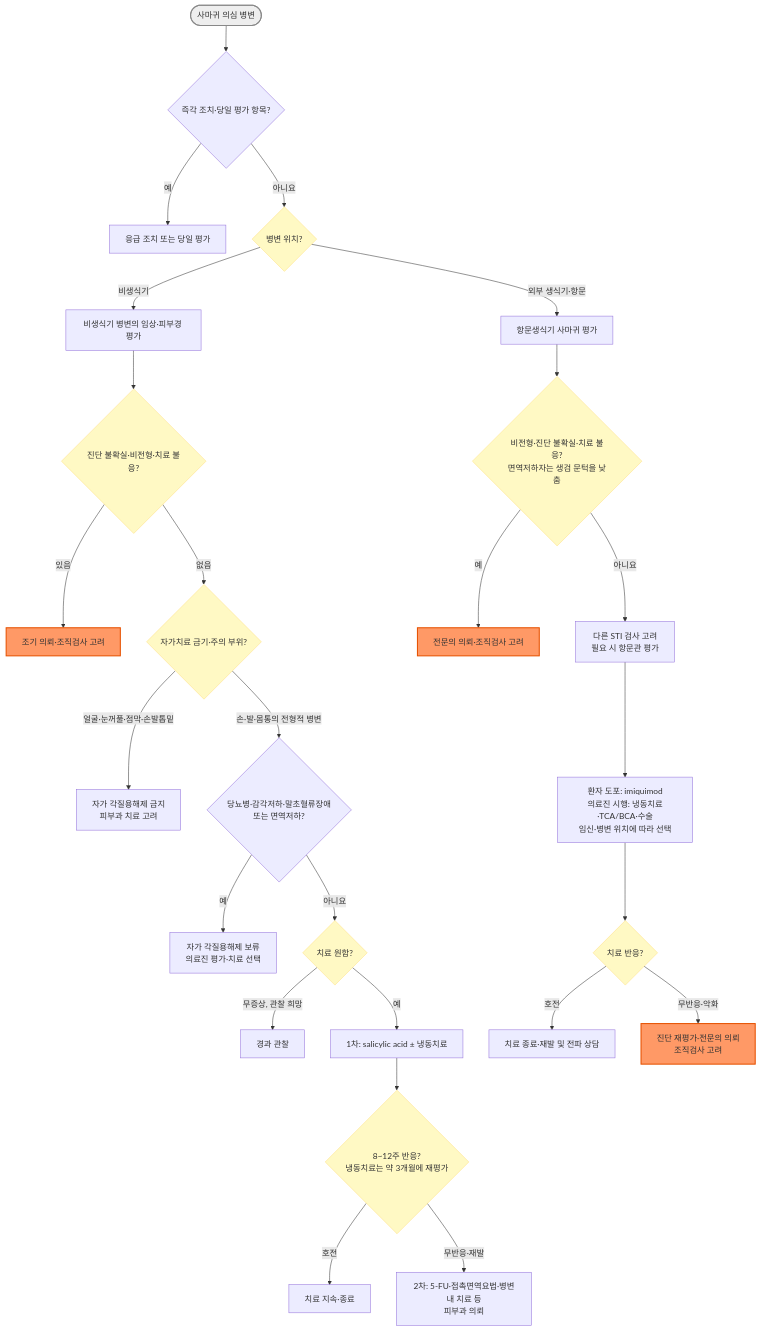
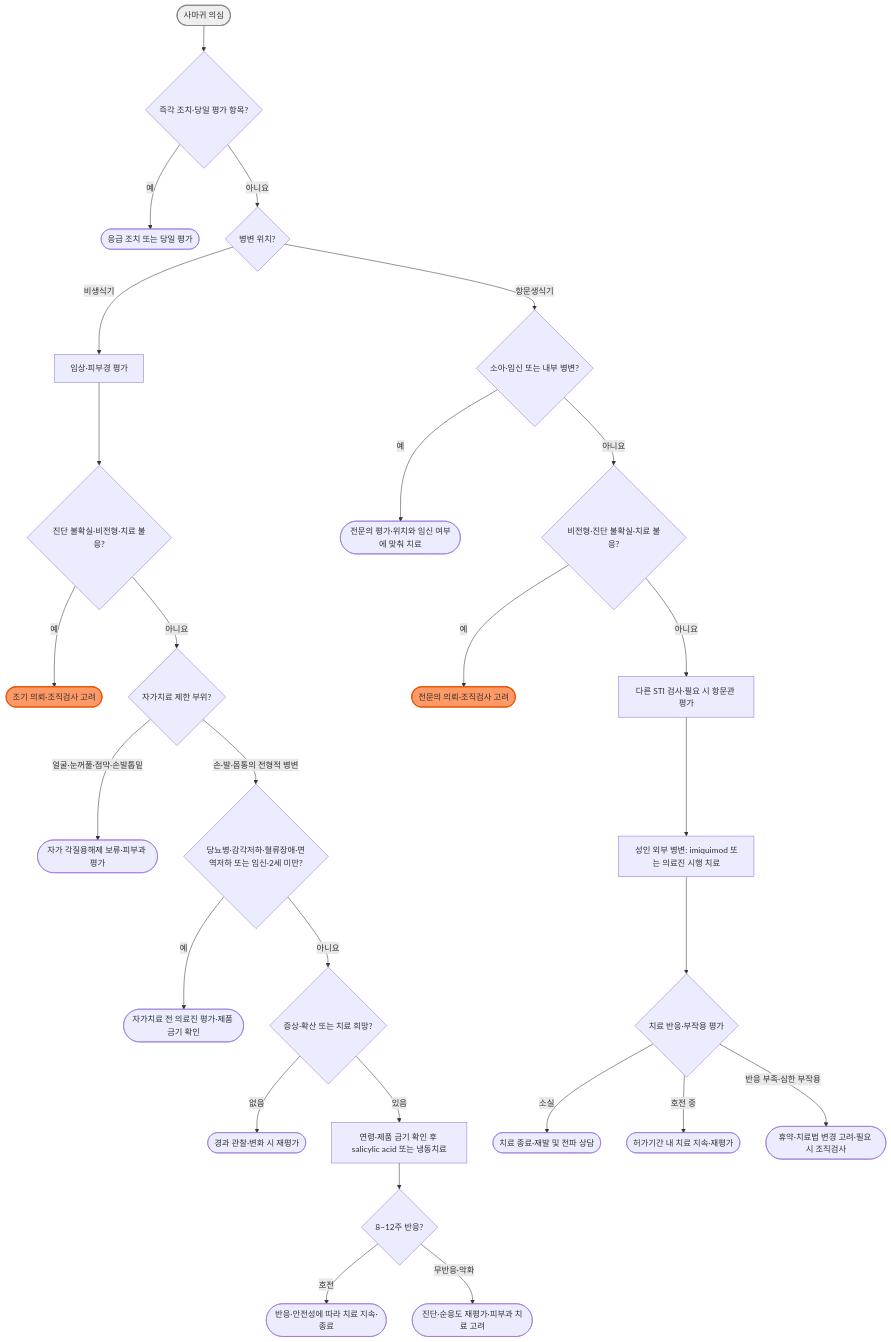
The diagram in 229_/182_-wart.md (familyoh77/familyoh77), drawn with Mermaid before and after one commit. The commit also changed other lines of this file and 10 other files, not shown here.

````diff
--- a/229_/182_-wart.md
+++ b/229_/182_-wart.md
@@ -119,41 +120,35 @@
 ```mermaid
-graph TD
-    Start(["사마귀 의심 병변"]) --> Urgent{"즉각 조치·당일 평가 항목?"}
-    Urgent -->|"예"| Now["응급 조치 또는 당일 평가"]
+flowchart TD
+    Start(["사마귀 의심"]) --> Urgent{"즉각 조치·당일 평가 항목?"}
+    Urgent -->|"예"| Now(["응급 조치 또는 당일 평가"])
     Urgent -->|"아니요"| Loc{"병변 위치?"}
-    Loc -->|"비생식기"| NG["비생식기 병변의 임상·피부경 평가"]
-    Loc -->|"외부 생식기·항문"| GW["항문생식기 사마귀 평가"]
+    Loc -->|"비생식기"| NG["임상·피부경 평가"]
+    Loc -->|"항문생식기"| GS{"소아·임신 또는 내부 병변?"}
+    GS -->|"예"| Spec(["전문의 평가·위치와 임신 여부에 맞춰 치료"])
+    GS -->|"아니요"| GAtyp{"비전형·진단 불확실·치료 불응?"}
 
     NG --> Atyp{"진단 불확실·비전형·치료 불응?"}
-    Atyp -->|"있음"| Bx["조기 의뢰·조직검사 고려"]
-    Atyp -->|"없음"| Site{"자가치료 금기·주의 부위?"}
-    Site -->|"얼굴·눈꺼풀·점막·손발톱밑"| Special["자가 각질용해제 금지<br>피부과 치료 고려"]
-    Site -->|"손·발·몸통의 전형적 병변"| Risk{"당뇨병·감각저하·말초혈류장애<br>또는 면역저하?"}
-    Risk -->|"예"| Assess["자가 각질용해제 보류<br>의료진 평가·치료 선택"]
-    Risk -->|"아니요"| Want{"치료 원함?"}
-    Want -->|"무증상, 관찰 희망"| Obs["경과 관찰"]
-    Want -->|"예"| L1["1차: salicylic acid ± 냉동치료"]
-    L1 --> Resp{"8~12주 반응?<br>냉동치료는 약 3개월에 재평가"}
-    Resp -->|"호전"| Cont["치료 지속·종료"]
-    Resp -->|"무반응·재발"| L2["2차: 5-FU·접촉면역요법·병변내 치료 등<br>피부과 의뢰"]
+    Atyp -->|"예"| Bx(["조기 의뢰·조직검사 고려"])
+    Atyp -->|"아니요"| Site{"자가치료 제한 부위?"}
+    Site -->|"얼굴·눈꺼풀·점막·손발톱밑"| Special(["자가 각질용해제 보류·피부과 평가"])
+    Site -->|"손·발·몸통의 전형적 병변"| Risk{"당뇨병·감각저하·혈류장애·면역저하 또는 임신·2세 미만?"}
+    Risk -->|"예"| Assess(["자가치료 전 의료진 평가·제품 금기 확인"])
+    Risk -->|"아니요"| Want{"증상·확산 또는 치료 희망?"}
+    Want -->|"없음"| Obs(["경과 관찰·변화 시 재평가"])
+    Want -->|"있음"| L1["연령·제품 금기 확인 후 salicylic acid 또는 냉동치료"]
+    L1 --> Resp{"8~12주 반응?"}
+    Resp -->|"호전"| Cont(["반응·안전성에 따라 치료 지속·종료"])
+    Resp -->|"무반응·악화"| L2(["진단·순응도 재평가·피부과 치료 고려"])
 
-    GW --> GAtyp{"비전형·진단 불확실·치료 불응?<br>면역저하자는 생검 문턱을 낮춤"}
-    GAtyp -->|"예"| GBx["전문의 의뢰·조직검사 고려"]
-    GAtyp -->|"아니요"| STI["다른 STI 검사 고려<br>필요 시 항문관 평가"]
-    STI --> GTx["환자 도포: imiquimod<br>의료진 시행: 냉동치료·TCA/BCA·수술<br>임신·병변 위치에 따라 선택"]
-    GTx --> GResp{"치료 반응?"}
-    GResp -->|"호전"| GDone["치료 종료·재발 및 전파 상담"]
-    GResp -->|"무반응·악화"| Refer["진단 재평가·전문의 의뢰<br>조직검사 고려"]
+    GAtyp -->|"예"| GBx(["전문의 의뢰·조직검사 고려"])
+    GAtyp -->|"아니요"| STI["다른 STI 검사·필요 시 항문관 평가"]
+    STI --> GTx["성인 외부 병변: imiquimod 또는 의료진 시행 치료"]
+    GTx --> GResp{"치료 반응·부작용 평가"}
+    GResp -->|"소실"| GDone(["치료 종료·재발 및 전파 상담"])
+    GResp -->|"호전 중"| GCont(["허가기간 내 치료 지속·재평가"])
+    GResp -->|"반응 부족·심한 부작용"| Refer(["휴약·치료법 변경 고려·필요 시 조직검사"])
 
-    style Loc fill:#fff9c4,stroke:#ffe082
-    style Atyp fill:#fff9c4,stroke:#ffe082
-    style Site fill:#fff9c4,stroke:#ffe082
-    style Want fill:#fff9c4,stroke:#ffe082
-    style Resp fill:#fff9c4,stroke:#ffe082
-    style GAtyp fill:#fff9c4,stroke:#ffe082
-    style GResp fill:#fff9c4,stroke:#ffe082
+    style Start fill:#eeeeee,stroke:#888888,stroke-width:2px
     style Bx fill:#f96,stroke:#e65100,stroke-width:2px
     style GBx fill:#f96,stroke:#e65100,stroke-width:2px
-    style Refer fill:#f96,stroke:#e65100,stroke-width:2px
-    style Start fill:#eeeeee,stroke:#888888,stroke-width:2px
 ```
````
